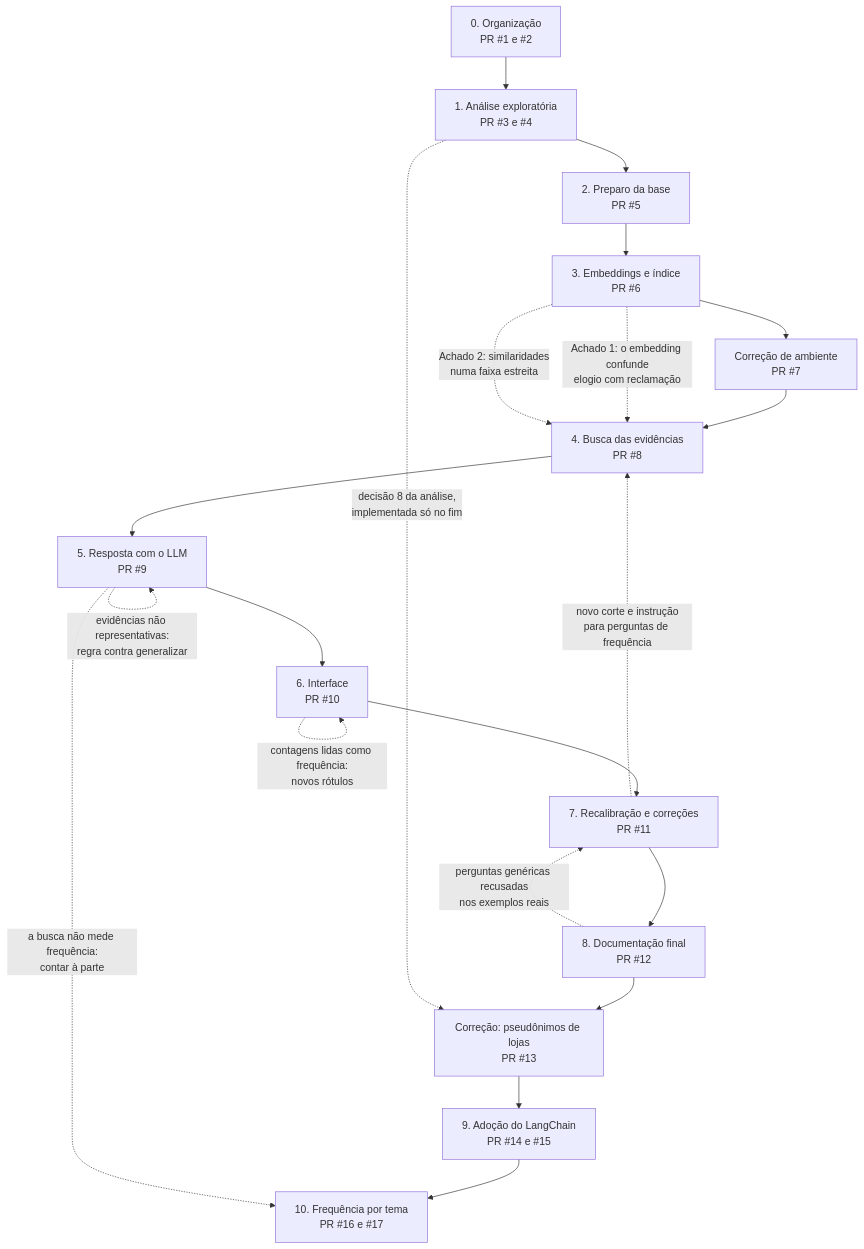
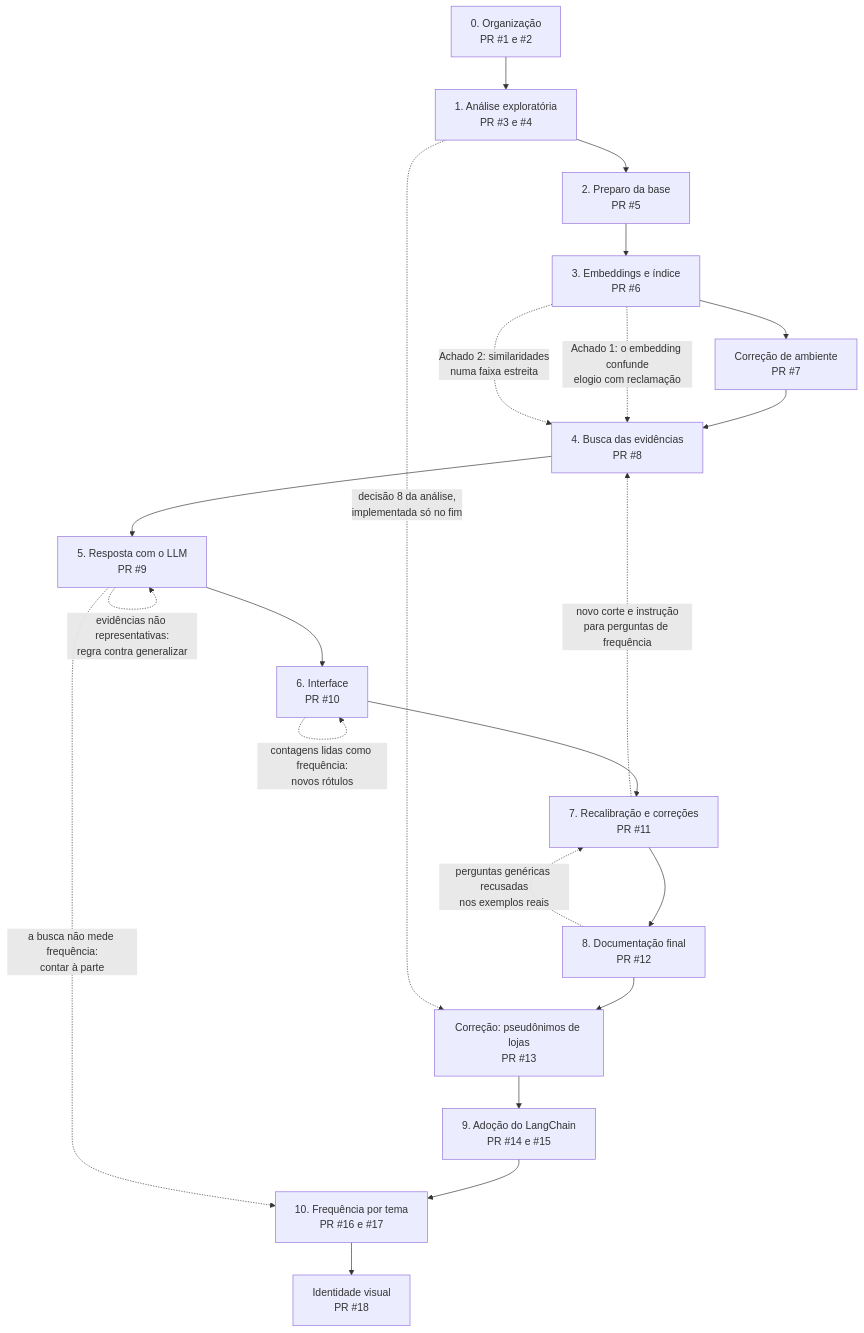
Before and after one commit to Dinaldorc/tech-challenge-fase4: the diagram in docs/processo.md, drawn with Mermaid. The commit also changed other lines of this file and 3 other files, not shown here.

First line of the commit message:
Aplica identidade visual escura com destaque magenta

````diff
--- a/docs/processo.md
+++ b/docs/processo.md
@@ -16,24 +16,25 @@
 ```mermaid
 flowchart TD
     E0["0. Organização<br/>PR #1 e #2"] --> E1["1. Análise exploratória<br/>PR #3 e #4"]
     E1 --> E2["2. Preparo da base<br/>PR #5"]
     E2 --> E3["3. Embeddings e índice<br/>PR #6"]
     E3 --> E3b["Correção de ambiente<br/>PR #7"]
     E3b --> E4["4. Busca das evidências<br/>PR #8"]
     E4 --> E5["5. Resposta com o LLM<br/>PR #9"]
     E5 --> E6["6. Interface<br/>PR #10"]
     E6 --> E7["7. Recalibração e correções<br/>PR #11"]
     E7 --> E8["8. Documentação final<br/>PR #12"]
     E8 --> E9["Correção: pseudônimos de lojas<br/>PR #13"]
     E9 --> E10["9. Adoção do LangChain<br/>PR #14 e #15"]
     E10 --> E11["10. Frequência por tema<br/>PR #16 e #17"]
+    E11 --> E12["Identidade visual<br/>PR #18"]
     E5 -.->|"a busca não mede frequência:<br/>contar à parte"| E11
 
     E3 -.->|"Achado 1: o embedding confunde<br/>elogio com reclamação"| E4
     E3 -.->|"Achado 2: similaridades<br/>numa faixa estreita"| E4
     E5 -.->|"evidências não representativas:<br/>regra contra generalizar"| E5
     E6 -.->|"contagens lidas como frequência:<br/>novos rótulos"| E6
     E8 -.->|"perguntas genéricas recusadas<br/>nos exemplos reais"| E7
     E7 -.->|"novo corte e instrução<br/>para perguntas de frequência"| E4
     E1 -.->|"decisão 8 da análise,<br/>implementada só no fim"| E9
 ```
````
